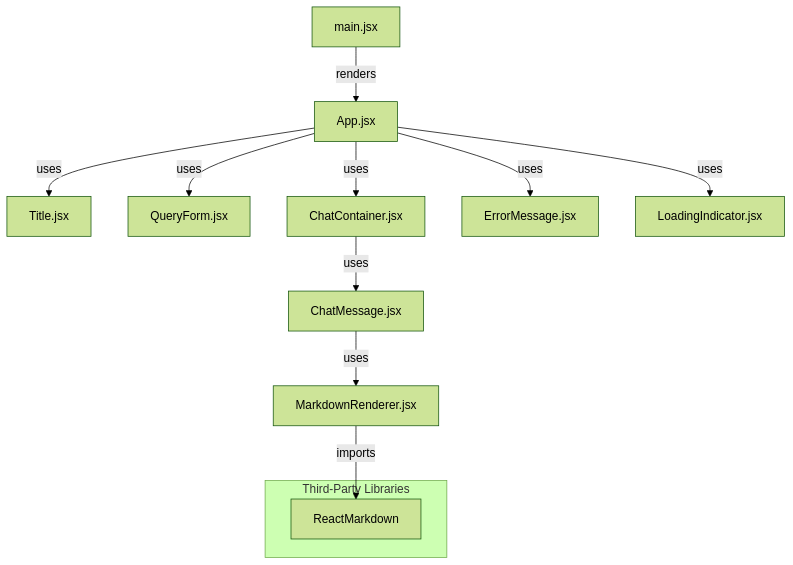
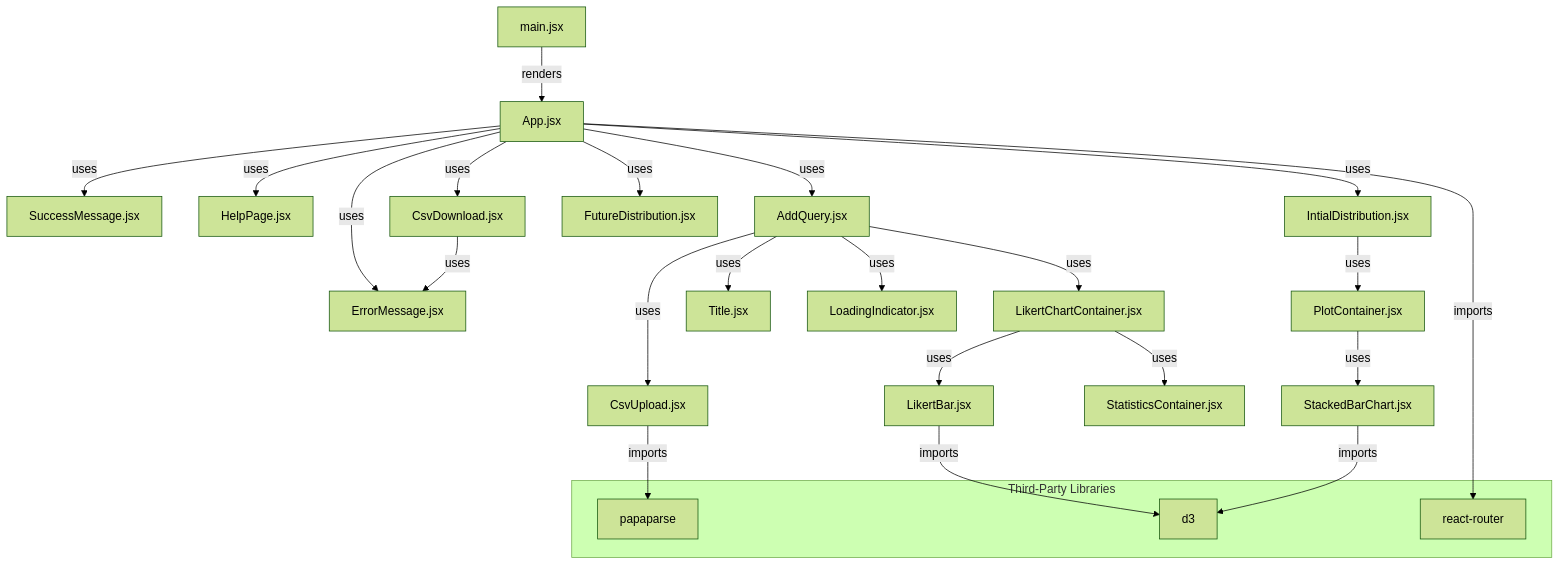
The first of 3 diagrams in docs/ARCHITECTURE.md (ohtu-kohtalo/ohjelmistotuotantoprojekti), drawn with Mermaid (forest theme) before and after one commit. The commit also changed other lines of this file, not shown here.

Commit message:
Add updated dependency graphs

````diff
--- a/docs/ARCHITECTURE.md
+++ b/docs/ARCHITECTURE.md
@@ -10,18 +10,38 @@
 ```mermaid
 graph TD
-    App[App.jsx] -->|uses| Title[Title.jsx]
-    App -->|uses| QueryForm[QueryForm.jsx]
-    App -->|uses| ChatContainer[ChatContainer.jsx]
-    App -->|uses| ErrorMessage[ErrorMessage.jsx]
-    App -->|uses| LoadingIndicator[LoadingIndicator.jsx]
-    ChatContainer -->|uses| ChatMessage[ChatMessage.jsx]
-    ChatMessage -->|uses| MarkdownRenderer[MarkdownRenderer.jsx]
+    App[App.jsx] -->|uses| ErrorMessage[ErrorMessage.jsx]
+    App -->|uses| SuccessMessage[SuccessMessage.jsx]
+    App -->|uses| HelpPage[HelpPage.jsx]
+    App -->|uses| InitialDistribution[IntialDistribution.jsx]
+    App -->|uses| AddQuery[AddQuery.jsx]
+    App -->|uses| FutureDistribution[FutureDistribution.jsx]
+    App -->|uses| CsvDownload[CsvDownload.jsx]
+
+    InitialDistribution -->|uses| PlotContainer[PlotContainer.jsx]
+
+    AddQuery -->|uses| Title[Title.jsx]
+    AddQuery -->|uses| CsvUpload[CsvUpload.jsx]
+    AddQuery -->|uses| LoadingIndicator[LoadingIndicator.jsx]
+    AddQuery -->|uses| LikertChartContainer[LikertChartContainer.jsx]
+
+    CsvDownload -->|uses| ErrorMessage
+
+    LikertChartContainer -->|uses| LikertBar[LikertBar.jsx]
+    LikertChartContainer -->|uses| StatisticsContainer[StatisticsContainer.jsx]
+
+    PlotContainer -->|uses| StackedBarChart[StackedBarChart.jsx]
+
     main[main.jsx] -->|renders| App
 
     subgraph Third-Party Libraries
-        ReactMarkdown[ReactMarkdown]
+        papaparse
+        d3
+        react-router
     end
 
-    MarkdownRenderer -->|imports| ReactMarkdown
+    CsvUpload -->|imports| papaparse
+    LikertBar -->|imports| d3
+    StackedBarChart -->|imports| d3
+    App -->|imports| react-router
 
 ```
````
